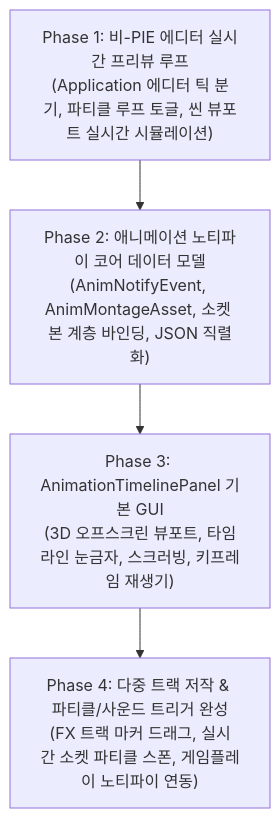
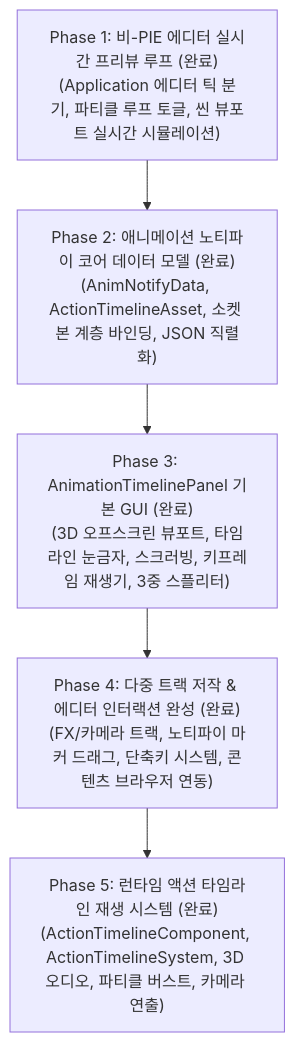
One commit to Bamtoliya/BamEngine changed the second of 2 diagrams in Docs/AnimationTimelineEditorPlan.md. Above: the diagram before and after it, drawn with Mermaid. The commit also changed other lines of this file and 44 other files, not shown here.

First line of the commit message:
feat(animation): 액션 타임라인 통합 저작 에디터 및 런타임 재생 시스템 구축

````diff
--- a/Docs/AnimationTimelineEditorPlan.md
+++ b/Docs/AnimationTimelineEditorPlan.md
@@ -91,9 +93,10 @@
 ```mermaid
 flowchart TD
-    P1["Phase 1: 비-PIE 에디터 실시간 프리뷰 루프\n(Application 에디터 틱 분기, 파티클 루프 토글, 씬 뷰포트 실시간 시뮬레이션)"]
-    P2["Phase 2: 애니메이션 노티파이 코어 데이터 모델\n(AnimNotifyEvent, AnimMontageAsset, 소켓 본 계층 바인딩, JSON 직렬화)"]
-    P3["Phase 3: AnimationTimelinePanel 기본 GUI\n(3D 오프스크린 뷰포트, 타임라인 눈금자, 스크러빙, 키프레임 재생기)"]
-    P4["Phase 4: 다중 트랙 저작 & 파티클/사운드 트리거 완성\n(FX 트랙 마커 드래그, 실시간 소켓 파티클 스폰, 게임플레이 노티파이 연동)"]
+    P1["Phase 1: 비-PIE 에디터 실시간 프리뷰 루프 (완료)\n(Application 에디터 틱 분기, 파티클 루프 토글, 씬 뷰포트 실시간 시뮬레이션)"]
+    P2["Phase 2: 애니메이션 노티파이 코어 데이터 모델 (완료)\n(AnimNotifyData, ActionTimelineAsset, 소켓 본 계층 바인딩, JSON 직렬화)"]
+    P3["Phase 3: AnimationTimelinePanel 기본 GUI (완료)\n(3D 오프스크린 뷰포트, 타임라인 눈금자, 스크러빙, 키프레임 재생기, 3중 스플리터)"]
+    P4["Phase 4: 다중 트랙 저작 & 에디터 인터랙션 완성 (완료)\n(FX/카메라 트랙, 노티파이 마커 드래그, 단축키 시스템, 콘텐츠 브라우저 연동)"]
+    P5["Phase 5: 런타임 액션 타임라인 재생 시스템 (완료)\n(ActionTimelineComponent, ActionTimelineSystem, 3D 오디오, 파티클 버스트, 카메라 연출)"]
 
-    P1 --> P2 --> P3 --> P4
+    P1 --> P2 --> P3 --> P4 --> P5
 ```
````
